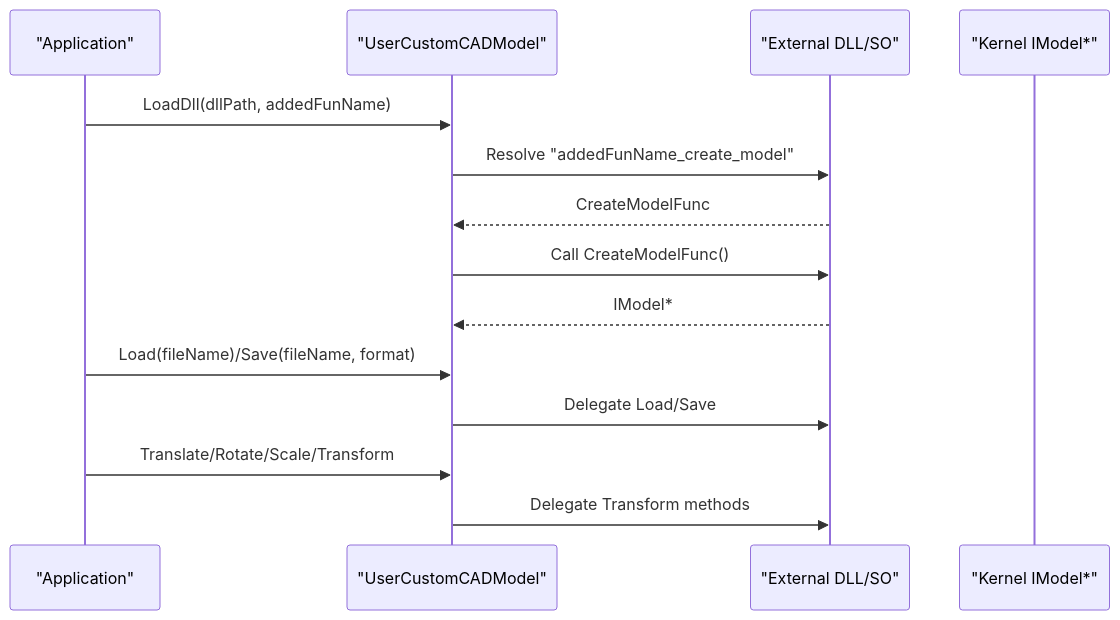
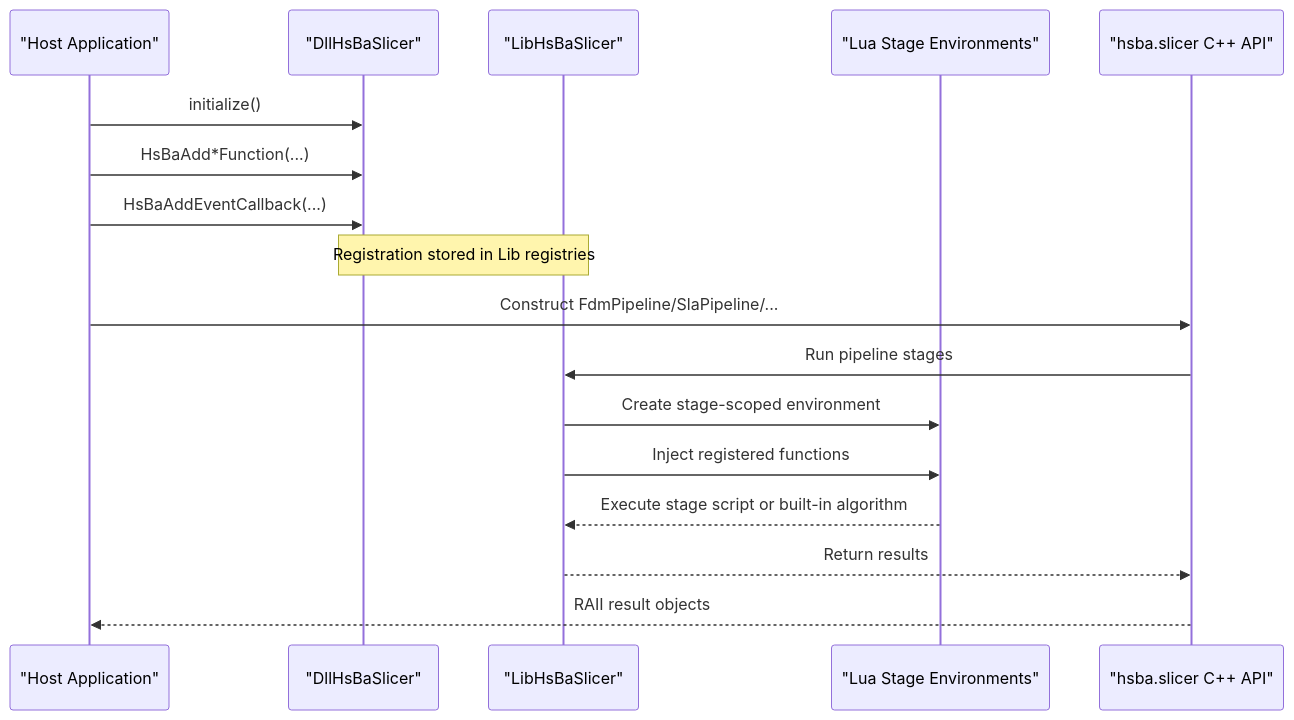
The second of 11 diagrams in .qoder/repowiki/en/content/Extension Development/Extension Development.md (hsmbanlance/HsBaSlicer), drawn with Mermaid before and after one commit. The commit also changed other lines of this file and 1095 other files, not shown here.

````diff
--- a/.qoder/repowiki/en/content/Extension Development/Extension Development.md
+++ b/.qoder/repowiki/en/content/Extension Development/Extension Development.md
@@ -200,16 +113,19 @@
 ```mermaid
 sequenceDiagram
-participant App as "Application"
-participant Loader as "UserCustomCADModel"
-participant Plugin as "External DLL/SO"
-participant Kernel as "Kernel IModel*"
-App->>Loader : LoadDll(dllPath, addedFunName)
-Loader->>Plugin : Resolve "addedFunName_create_model"
-Plugin-->>Loader : CreateModelFunc
-Loader->>Plugin : Call CreateModelFunc()
-Plugin-->>Loader : IModel*
-App->>Loader : Load(fileName)/Save(fileName, format)
-Loader->>Plugin : Delegate Load/Save
-App->>Loader : Translate/Rotate/Scale/Transform
-Loader->>Plugin : Delegate Transform methods
+participant App as "Host Application"
+participant Dll as "DllHsBaSlicer"
+participant Lib as "LibHsBaSlicer"
+participant Lua as "Lua Stage Environments"
+participant Mod as "hsba.slicer C++ API"
+App->>Dll : initialize()
+App->>Dll : HsBaAdd*Function(...)
+App->>Dll : HsBaAddEventCallback(...)
+Note over Dll,Lib : Registration stored in Lib registries
+App->>Mod : Construct FdmPipeline/SlaPipeline/...
+Mod->>Lib : Run pipeline stages
+Lib->>Lua : Create stage-scoped environment
+Lib->>Lua : Inject registered functions
+Lua-->>Lib : Execute stage script or built-in algorithm
+Lib-->>Mod : Return results
+Mod-->>App : RAII result objects
 ```
````
